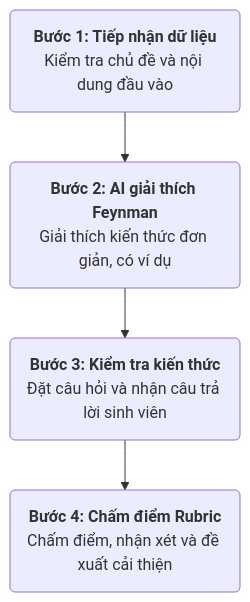
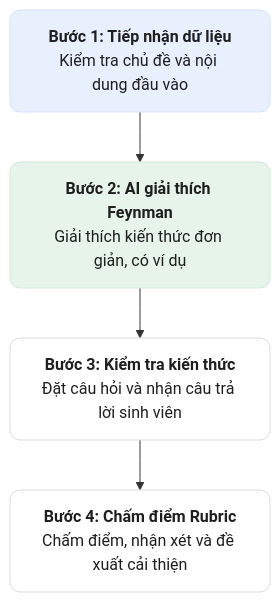
Before and after one commit to Duyanh2k8/HCM-KS26-CNTT1_PromptingAI_Session06_Ex03: the diagram in README.md, drawn with Mermaid.

Commit message:
Update flowchart styles in README

````diff
--- a/README.md
+++ b/README.md
@@ -14,11 +14,16 @@
 ```mermaid
 flowchart TD
-  A("<b>Bước 1: Tiếp nhận dữ liệu</b></br>Kiểm tra chủ đề và nội dung đầu vào")
-  B("<b>Bước 2: AI giải thích Feynman</b></br>Giải thích kiến thức đơn giản, có ví dụ")
-  C("<b>Bước 3: Kiểm tra kiến thức</b></br>Đặt câu hỏi và nhận câu trả lời sinh viên")
-  D("<b>Bước 4: Chấm điểm Rubric</b></br>Chấm điểm, nhận xét và đề xuất cải thiện")
+  A["<b>Bước 1: Tiếp nhận dữ liệu</b></br>Kiểm tra chủ đề và nội dung đầu vào"]
+  B["<b>Bước 2: AI giải thích Feynman</b></br>Giải thích kiến thức đơn giản, có ví dụ"]
+  C["<b>Bước 3: Kiểm tra kiến thức</b></br>Đặt câu hỏi và nhận câu trả lời sinh viên"]
+  D["<b>Bước 4: Chấm điểm Rubric</b></br>Chấm điểm, nhận xét và đề xuất cải thiện"]
 
   A --> B
   B --> C
   C --> D
+
+  style A fill:#e8f0fe,stroke:#d2e3fc,color:#1f1f1f,rx:10,ry:10
+  style B fill:#e6f4ea,stroke:#ceead6,color:#1f1f1f,rx:10,ry:10
+  style C fill:#ffffff,stroke:#dadce0,color:#1f1f1f,rx:10,ry:10
+  style D fill:#ffffff,stroke:#dadce0,color:#1f1f1f,rx:10,ry:10
 ```
````
